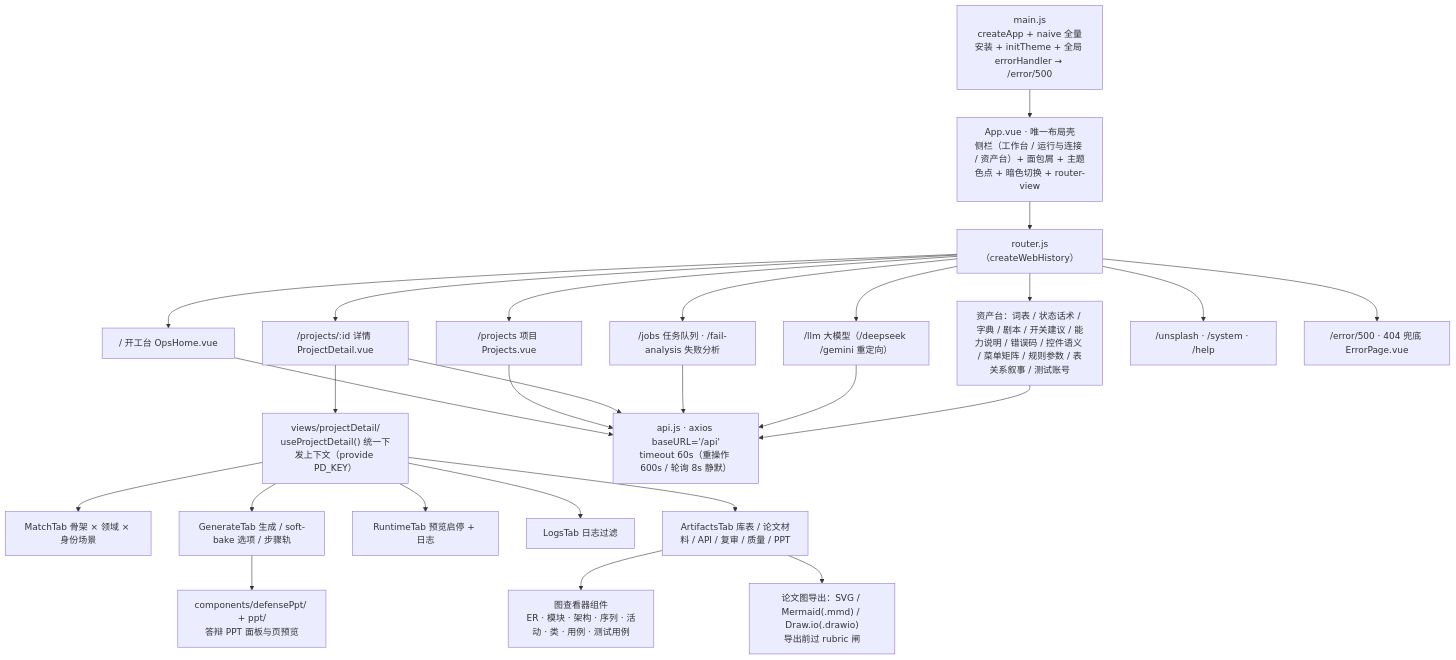
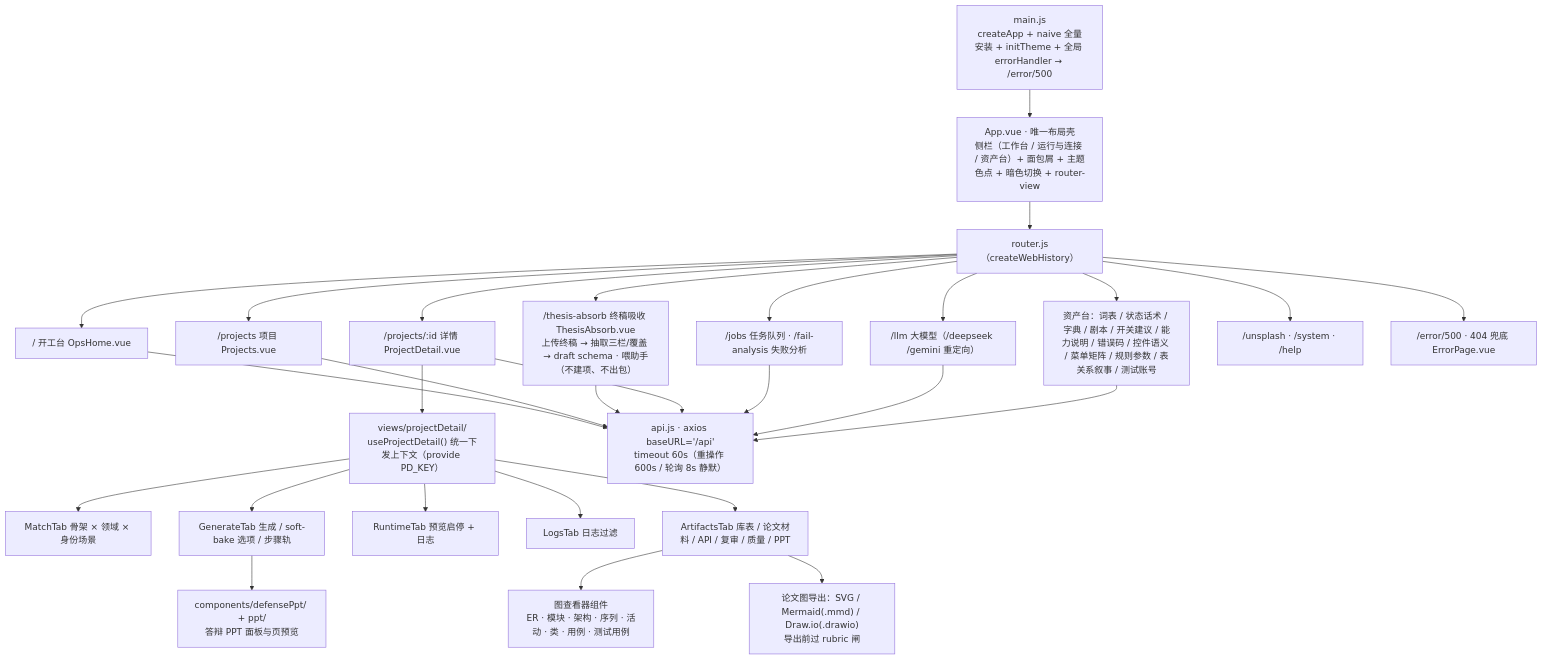
The fourth of 10 diagrams in ARCHITECTURE.md (Ta321487/Gate), drawn with Mermaid before and after one commit. The commit also changed other lines of this file and 5 other files, not shown here.

Commit message:
架构图与运营端原型同步现状：补终稿吸收与侧栏三段（工作台/运行与连接/资产台）。

````diff
--- a/ARCHITECTURE.md
+++ b/ARCHITECTURE.md
@@ -199,31 +199,33 @@
 ```mermaid
 flowchart TB
     MAIN["main.js<br/>createApp + naive 全量安装 + initTheme + 全局 errorHandler → /error/500"] --> APP["App.vue · 唯一布局壳<br/>侧栏（工作台 / 运行与连接 / 资产台）+ 面包屑 + 主题色点 + 暗色切换 + router-view"]
     APP --> RT["router.js（createWebHistory）"]
 
     RT --> V0["/ 开工台 OpsHome.vue"]
     RT --> V1["/projects 项目 Projects.vue"]
+    RT --> VA["/thesis-absorb 终稿吸收 ThesisAbsorb.vue<br/>上传终稿 → 抽取三栏/覆盖 → draft schema · 喂助手（不建项、不出包）"]
     RT --> V2["/projects/:id 详情 ProjectDetail.vue"]
     RT --> V3["/jobs 任务队列 · /fail-analysis 失败分析"]
     RT --> V4["/llm 大模型（/deepseek /gemini 重定向）"]
     RT --> V5["资产台：词表 / 状态话术 / 字典 / 剧本 / 开关建议 / 能力说明 / 错误码 / 控件语义 / 菜单矩阵 / 规则参数 / 表关系叙事 / 测试账号"]
     RT --> V6["/unsplash · /system · /help"]
     RT --> V7["/error/500 · 404 兜底 ErrorPage.vue"]
 
     V2 --> PD["views/projectDetail/<br/>useProjectDetail() 统一下发上下文（provide PD_KEY）"]
     PD --> T1["MatchTab 骨架 × 领域 × 身份场景"]
     PD --> T2["GenerateTab 生成 / soft-bake 选项 / 步骤轨"]
     PD --> T3["RuntimeTab 预览启停 + 日志"]
     PD --> T4["LogsTab 日志过滤"]
     PD --> T5["ArtifactsTab 库表 / 论文材料 / API / 复审 / 质量 / PPT"]
     T5 --> AV["图查看器组件<br/>ER · 模块 · 架构 · 序列 · 活动 · 类 · 用例 · 测试用例"]
     T5 --> DX["论文图导出：SVG / Mermaid(.mmd) / Draw.io(.drawio)<br/>导出前过 rubric 闸"]
     T2 --> PPM["components/defensePpt/ + ppt/<br/>答辩 PPT 面板与页预览"]
 
     V0 --> API["api.js · axios baseURL='/api'<br/>timeout 60s（重操作 600s / 轮询 8s 静默）"]
     V1 --> API
+    VA --> API
     V2 --> API
     V3 --> API
     V4 --> API
     V5 --> API
 ```
````
